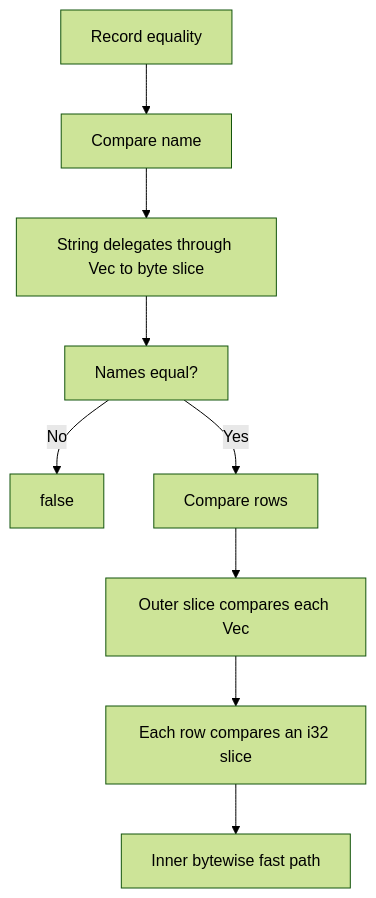
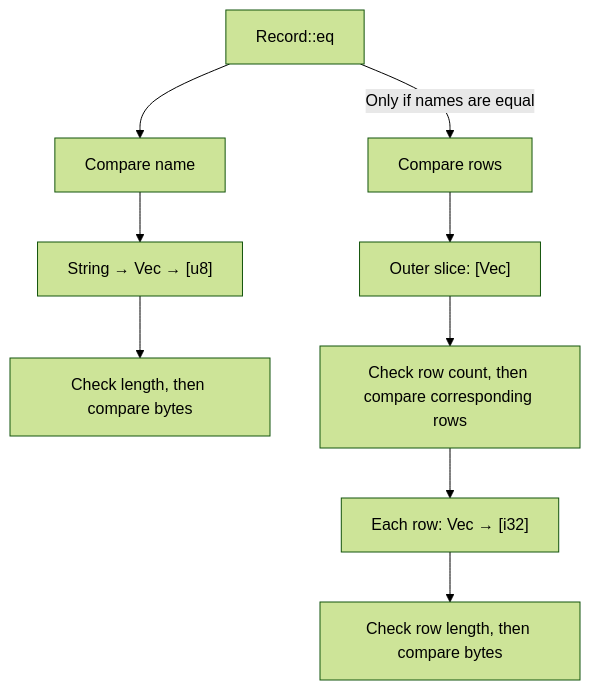
One commit to xyt-dev/AsahiNotes changed the second of 2 diagrams in docs/partial_eq_and_derive.md. Above: the diagram before and after it, drawn with Mermaid (forest theme). The commit also changed other lines of this file, not shown here.

````diff
--- a/docs/partial_eq_and_derive.md
+++ b/docs/partial_eq_and_derive.md
@@ -497,11 +647,13 @@
 ```mermaid
 flowchart TD
-    A["Record equality"] --> B["Compare name"]
-    B --> C["String delegates through Vec to byte slice"]
-    C --> D["Names equal?"]
-    D -->|No| E["false"]
-    D -->|Yes| F["Compare rows"]
-    F --> G["Outer slice compares each Vec"]
-    G --> H["Each row compares an i32 slice"]
-    H --> I["Inner bytewise fast path"]
+    A["Record::eq"] --> B["Compare name"]
+    A -->|"Only if names are equal"| C["Compare rows"]
+
+    B --> D["String → Vec<u8> → [u8]"]
+    D --> E["Check length, then compare bytes"]
+
+    C --> F["Outer slice: [Vec<i32>]"]
+    F --> G["Check row count, then compare corresponding rows"]
+    G --> H["Each row: Vec<i32> → [i32]"]
+    H --> I["Check row length, then compare bytes"]
 ```
````
